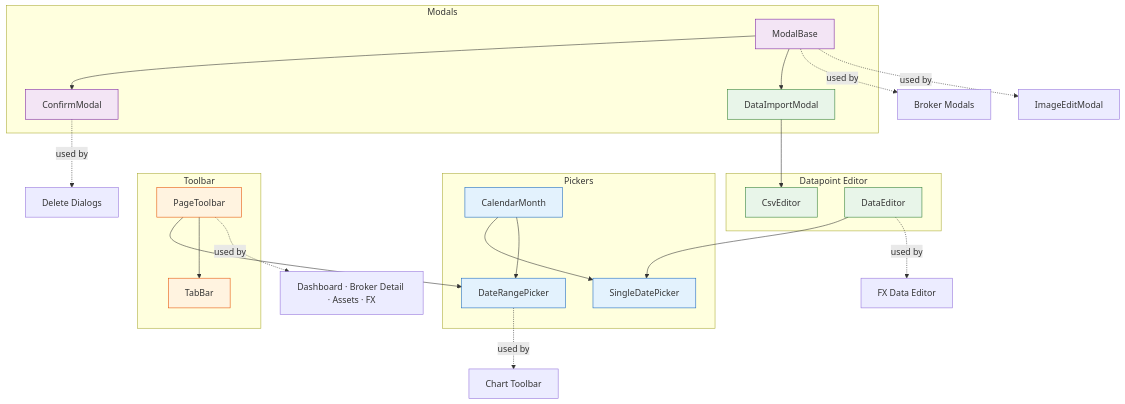
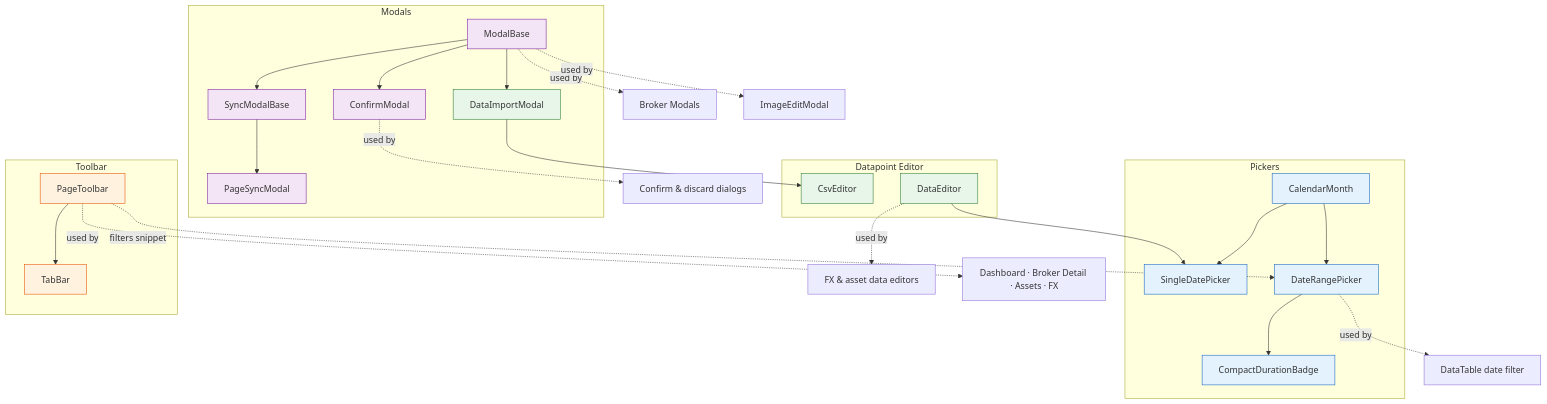
Before and after one commit to Librefolio/LibreFolio: the diagram in mkdocs_src/docs/developer/frontend/components/core-ui/index.md, drawn with Mermaid. The commit also changed other lines of this file and 48 other files, not shown here.

````diff
--- a/mkdocs_src/docs/developer/frontend/components/core-ui/index.md
+++ b/mkdocs_src/docs/developer/frontend/components/core-ui/index.md
@@ -7,40 +7,46 @@
 ```mermaid
 graph TD
     subgraph "Modals"
         MB["ModalBase"] --> CM["ConfirmModal"]
+        MB --> SMB["SyncModalBase"]
+        SMB --> PSM["PageSyncModal"]
         MB --> DIM["DataImportModal"]
     end
 
     subgraph "Pickers"
         CAL["CalendarMonth"] --> SDP["SingleDatePicker"]
         CAL --> DRP["DateRangePicker"]
+        DRP --> CDB["CompactDurationBadge"]
     end
 
     subgraph "Toolbar"
-        PT["PageToolbar"] --> DRP
-        PT --> TB["TabBar"]
+        PT["PageToolbar"] --> TB["TabBar"]
+        PT -.->|filters snippet| DRP
     end
 
     subgraph "Datapoint Editor"
         DIM --> CSE["CsvEditor"]
         DE["DataEditor"] --> SDP
     end
 
     MB -.->|used by| BM["Broker Modals"]
     MB -.->|used by| IE["ImageEditModal"]
-    CM -.->|used by| DEL["Delete Dialogs"]
-    DRP -.->|used by| CT["Chart Toolbar"]
-    DE -.->|used by| FX["FX Data Editor"]
+    CM -.->|used by| DEL["Confirm & discard dialogs"]
+    DRP -.->|used by| DTF["DataTable date filter"]
+    DE -.->|used by| FX["FX & asset data editors"]
     PT -.->|used by| PAGES["Dashboard · Broker Detail · Assets · FX"]
 
     style MB fill:#f3e5f5,stroke:#7b1fa2
     style CM fill:#f3e5f5,stroke:#7b1fa2
+    style SMB fill:#f3e5f5,stroke:#7b1fa2
+    style PSM fill:#f3e5f5,stroke:#7b1fa2
     style CAL fill:#e3f2fd,stroke:#1565c0
     style SDP fill:#e3f2fd,stroke:#1565c0
     style DRP fill:#e3f2fd,stroke:#1565c0
+    style CDB fill:#e3f2fd,stroke:#1565c0
     style DE fill:#e8f5e9,stroke:#2e7d32
     style DIM fill:#e8f5e9,stroke:#2e7d32
     style CSE fill:#e8f5e9,stroke:#2e7d32
     style PT fill:#fff3e0,stroke:#e65100
     style TB fill:#fff3e0,stroke:#e65100
 ```
````
